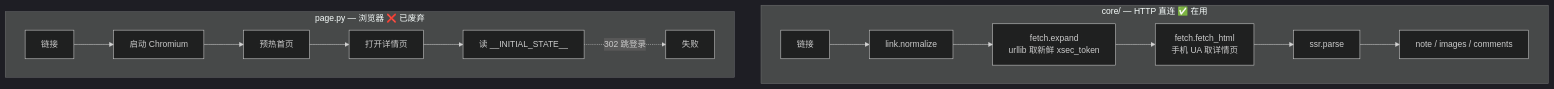
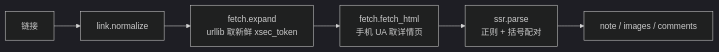
One commit to Nolan180940/Loreal changed the diagram in xhs-cli/README.md. Above: the diagram before and after it, drawn with Mermaid (dark theme). The commit also changed other lines of this file, not shown here.

Commit message:
docs(xhs-cli): README 只保留 parse（删掉已废弃的浏览器链路文档）

````diff
--- a/xhs-cli/README.md
+++ b/xhs-cli/README.md
@@ -69,17 +84,8 @@
 ```mermaid
-graph TB
-    subgraph HTTP["core/ — HTTP 直连 ✅ 在用"]
-        A1[链接] --> A2[link.normalize]
-        A2 --> A3[fetch.expand<br/>urllib 取新鲜 xsec_token]
-        A3 --> A4[fetch.fetch_html<br/>手机 UA 取详情页]
-        A4 --> A5[ssr.parse]
-        A5 --> A6[note / images / comments]
-    end
-    subgraph PW["page.py — 浏览器 ❌ 已废弃"]
-        B1[链接] --> B2[启动 Chromium]
-        B2 --> B3[预热首页]
-        B3 --> B4[打开详情页]
-        B4 --> B5[读 __INITIAL_STATE__]
-        B5 -.->|302 跳登录| BX[失败]
-    end
+graph LR
+    A[链接] --> B[link.normalize]
+    B --> C[fetch.expand<br/>urllib 取新鲜 xsec_token]
+    C --> D[fetch.fetch_html<br/>手机 UA 取详情页]
+    D --> E[ssr.parse<br/>正则 + 括号配对]
+    E --> F[note / images / comments]
 ```
````
